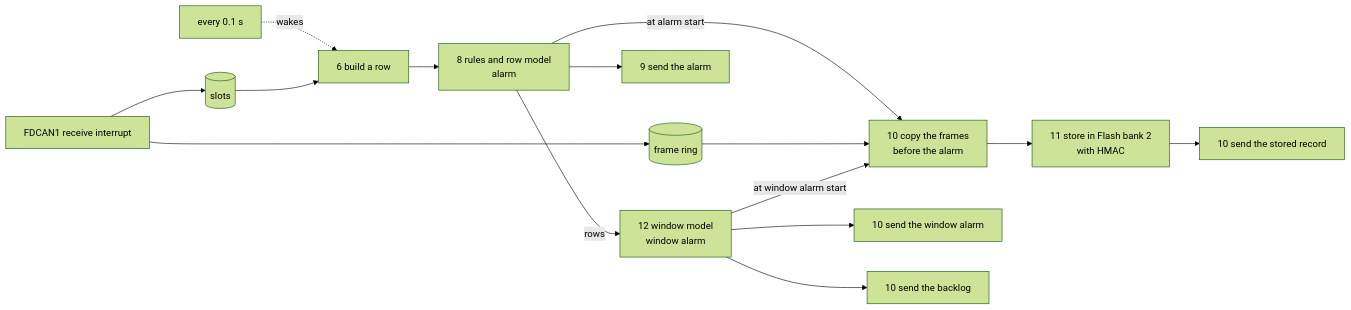
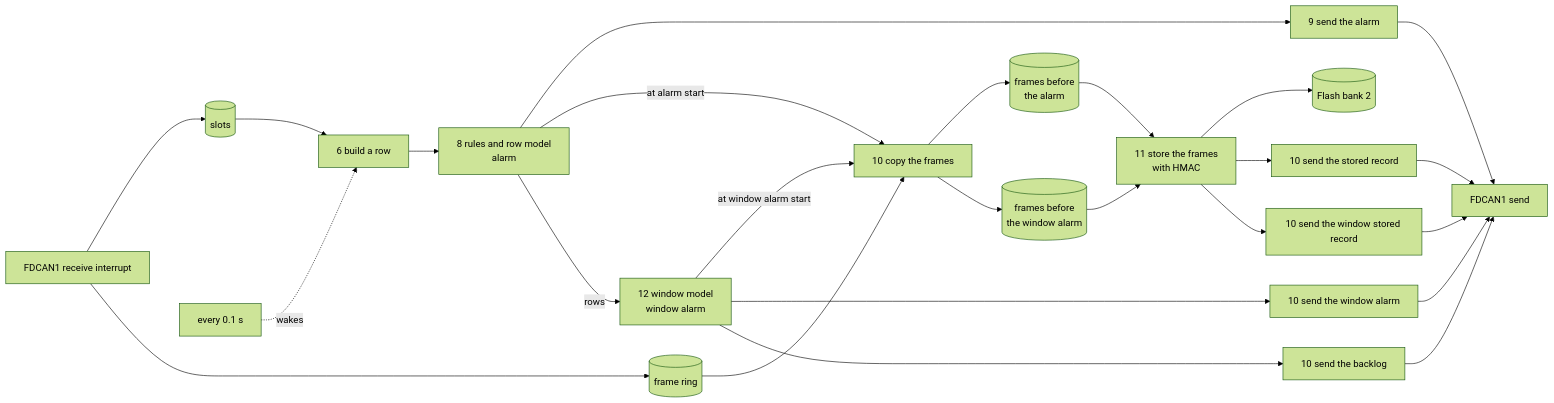
The diagram in board/application/ai_can_anomaly_detection/README.md (asana17/ai_can_anomaly_detection), drawn with Mermaid (forest theme) before and after one commit.

Commit message:
docs(board): show the stored records, the copied frames and the CAN send in the task diagram

````diff
--- a/board/application/ai_can_anomaly_detection/README.md
+++ b/board/application/ai_can_anomaly_detection/README.md
@@ -17,17 +17,27 @@
 ```mermaid
 flowchart LR
     irq["FDCAN1 receive interrupt"] --> slots[(slots)]
     irq --> ring[(frame ring)]
     tick["every 0.1 s"] -. wakes .-> pre
     slots --> pre["6 build a row"]
     pre --> row["8 rules and row model<br/>alarm"]
     row --> report["9 send the alarm"]
-    row -- at alarm start --> copy["10 copy the frames<br/>before the alarm"]
+    row -- at alarm start --> copy["10 copy the frames"]
     ring --> copy
-    copy --> store["11 store in Flash bank 2<br/>with HMAC"]
+    copy --> alarm_frames[(frames before<br/>the alarm)]
+    copy --> window_alarm_frames[(frames before<br/>the window alarm)]
+    alarm_frames --> store["11 store the frames<br/>with HMAC"]
+    window_alarm_frames --> store
+    store --> flash[(Flash bank 2)]
     store --> record["10 send the stored record"]
+    store --> window_record["10 send the window stored record"]
     row -- rows --> win["12 window model<br/>window alarm"]
     win -- at window alarm start --> copy
     win --> window_report["10 send the window alarm"]
     win --> backlog["10 send the backlog"]
+    report --> bus["FDCAN1 send"]
+    window_report --> bus
+    backlog --> bus
+    record --> bus
+    window_record --> bus
 ```
````
